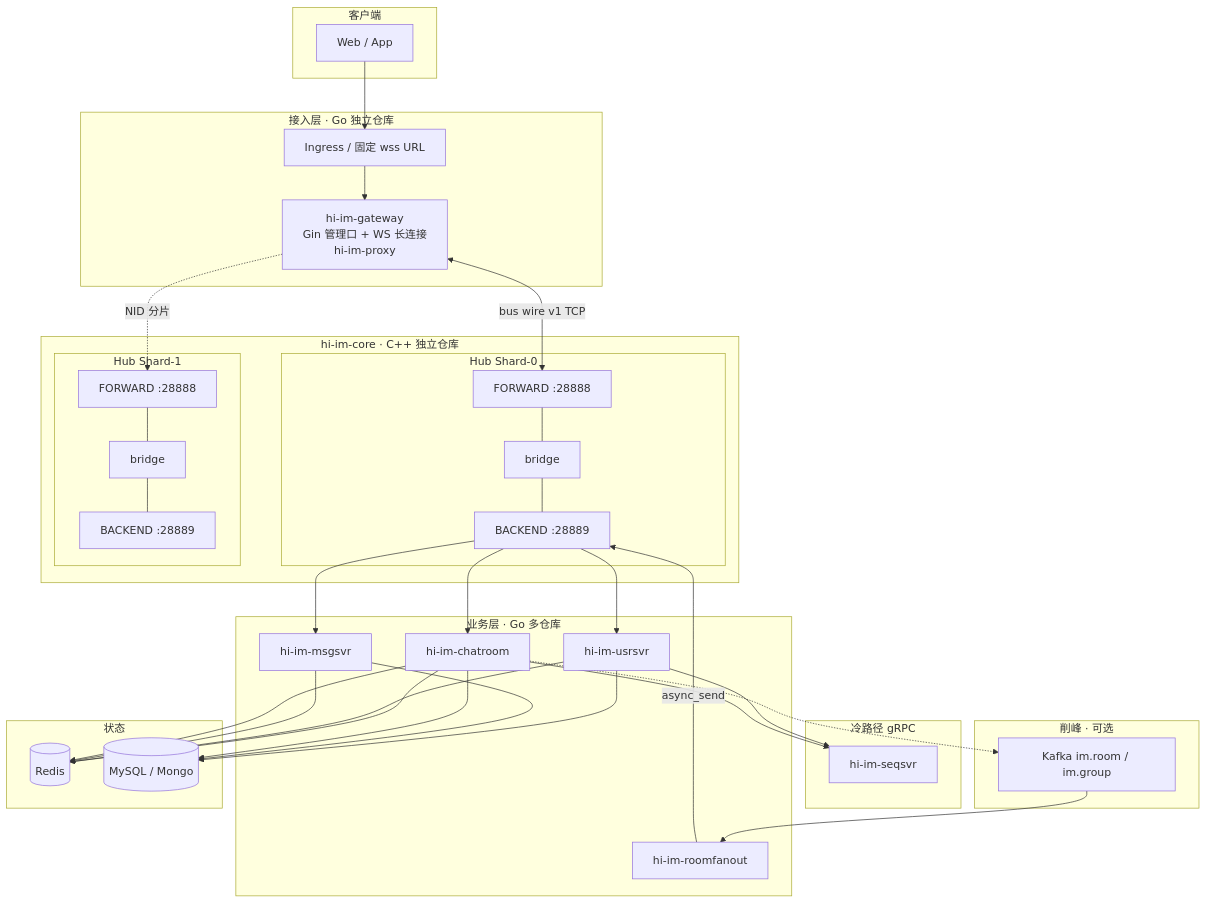
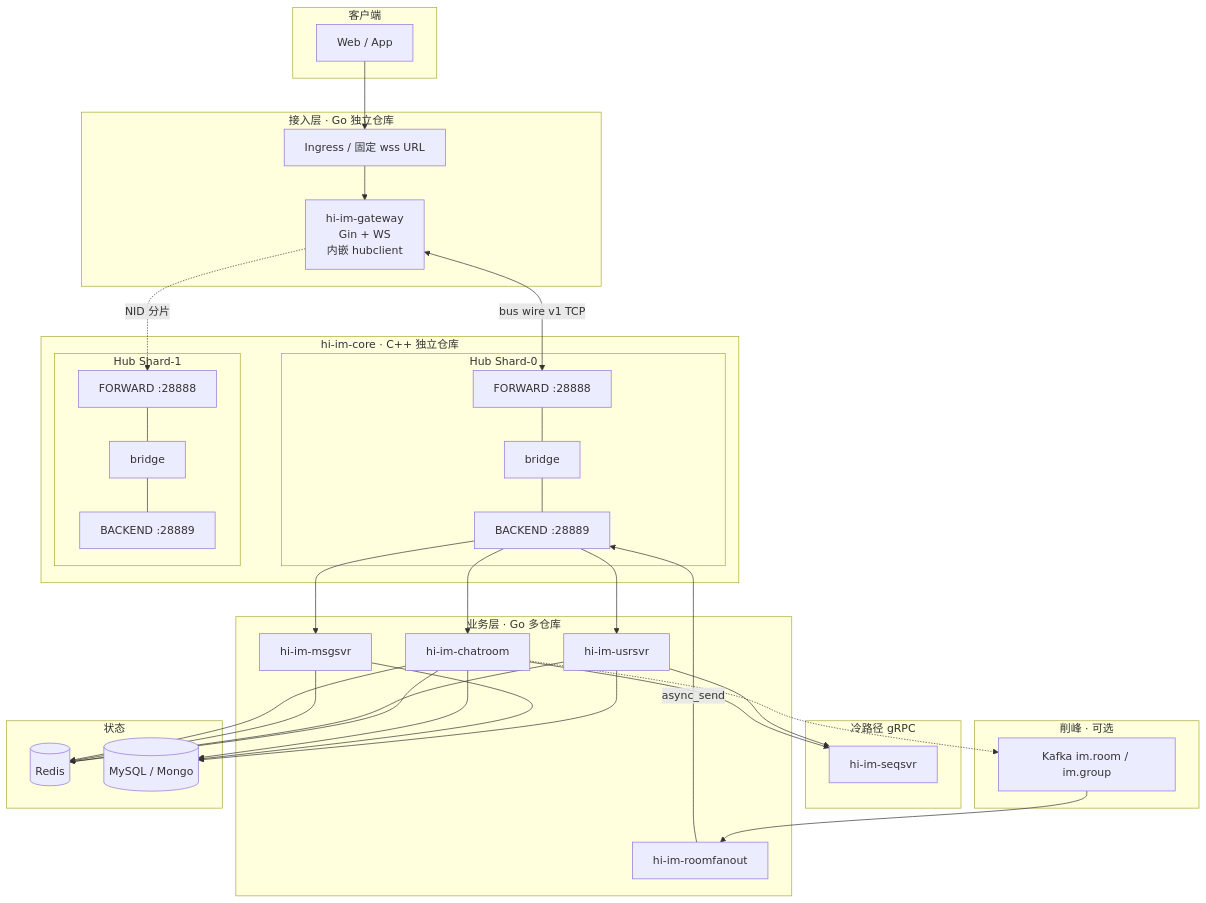
The diagram in doc/hi-im-档C技术方案设计.md (sunchao1/beehive-im), drawn with Mermaid before and after one commit. The commit also changed other lines of this file, not shown here.

````diff
--- a/doc/hi-im-档C技术方案设计.md
+++ b/doc/hi-im-档C技术方案设计.md
@@ -74,57 +74,57 @@
 ```mermaid
 flowchart TB
   subgraph client["客户端"]
     APP[Web / App]
   end
 
   subgraph edge["接入层 · Go 独立仓库"]
     ING[Ingress / 固定 wss URL]
-    WS[hi-im-gateway<br/>Gin 管理口 + WS 长连接<br/>hi-im-proxy]
+    WS[hi-im-gateway<br/>Gin + WS<br/>内嵌 hubclient]
   end
 
   subgraph core["hi-im-core · C++ 独立仓库"]
     subgraph shard0["Hub Shard-0"]
       F0[FORWARD :28888]
       BR0[bridge]
       B0[BACKEND :28889]
     end
     subgraph shard1["Hub Shard-1"]
       F1[FORWARD :28888]
       BR1[bridge]
       B1[BACKEND :28889]
     end
   end
 
   subgraph biz["业务层 · Go 多仓库"]
     USR[hi-im-usrsvr]
     MSG[hi-im-msgsvr]
     CR[hi-im-chatroom]
     RF[hi-im-roomfanout]
   end
 
   subgraph rpc["冷路径 gRPC"]
     SEQ[hi-im-seqsvr]
   end
 
   subgraph stream["削峰 · 可选"]
     KF[Kafka im.room / im.group]
   end
 
   subgraph store["状态"]
     RD[(Redis)]
     MY[(MySQL / Mongo)]
   end
 
   APP --> ING --> WS
   WS <-->|bus wire v1 TCP| F0
   WS -.->|NID 分片| F1
   F0 --- BR0 --- B0
   F1 --- BR1 --- B1
   B0 --> USR & MSG & CR
   CR --> RD
   CR -.-> KF --> RF
   RF -->|async_send| B0
   USR --> SEQ
   CR --> SEQ
   USR & MSG & CR --> RD & MY
 ```
````
